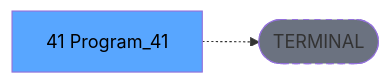
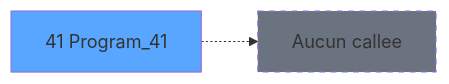
The third of 3 diagrams in .openspec/specs/ADH-IDE-41.md (thonyAGP/magic-migration), drawn with Mermaid before and after one commit. The commit also changed other lines of this file and 311 other files, not shown here.

````diff
--- a/.openspec/specs/ADH-IDE-41.md
+++ b/.openspec/specs/ADH-IDE-41.md
@@ -138,8 +126,8 @@
 ```mermaid
 graph LR
-    T[41 Program_41]
-    TERM([TERMINAL])
-    T -.-> TERM
-    style TERM fill:#6b7280,stroke-dasharray: 5 5
-    style T fill:#58a6ff,color:#000
+    T41[41 Program_41]
+    style T41 fill:#58a6ff
+    NONE[Aucun callee]
+    T41 -.-> NONE
+    style NONE fill:#6b7280,stroke-dasharray: 5 5
 ```
````
